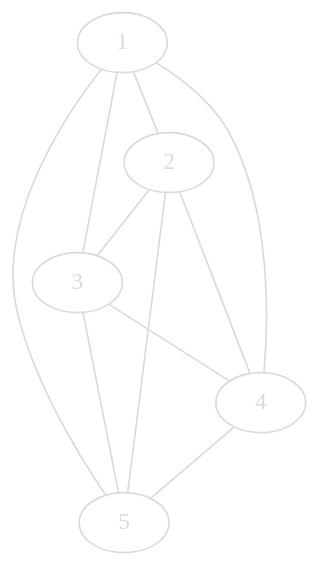
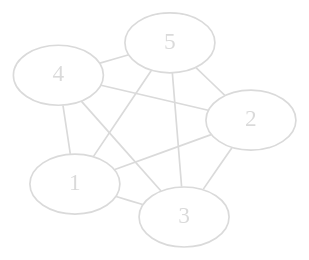
Before and after one commit to octavcosmin/UniNotes: the second of 4 diagrams in Sem 2/MA4402/1. Graph Theory.md, drawn with Graphviz. The commit also changed other lines of this file and 12 other files, not shown here.

````diff
--- a/Sem 2/MA4402/1. Graph Theory.md
+++ b/Sem 2/MA4402/1. Graph Theory.md
@@ -45,17 +45,18 @@
 ```dot
 digraph "" {
 	node [color = "#dadada" fontcolor = "#dadada"]
 	edge [color = "#dadada" dir = "none"]
 	bgcolor = "transparent"
+	layout = fdp
 	1 -> 2
 	1 -> 3
 	1 -> 4
 	1 -> 5
 	2 -> 3
 	2 -> 4
 	2 -> 5
 	3 -> 4
 	3 -> 5
 	4 -> 5
 }
 ```
````
